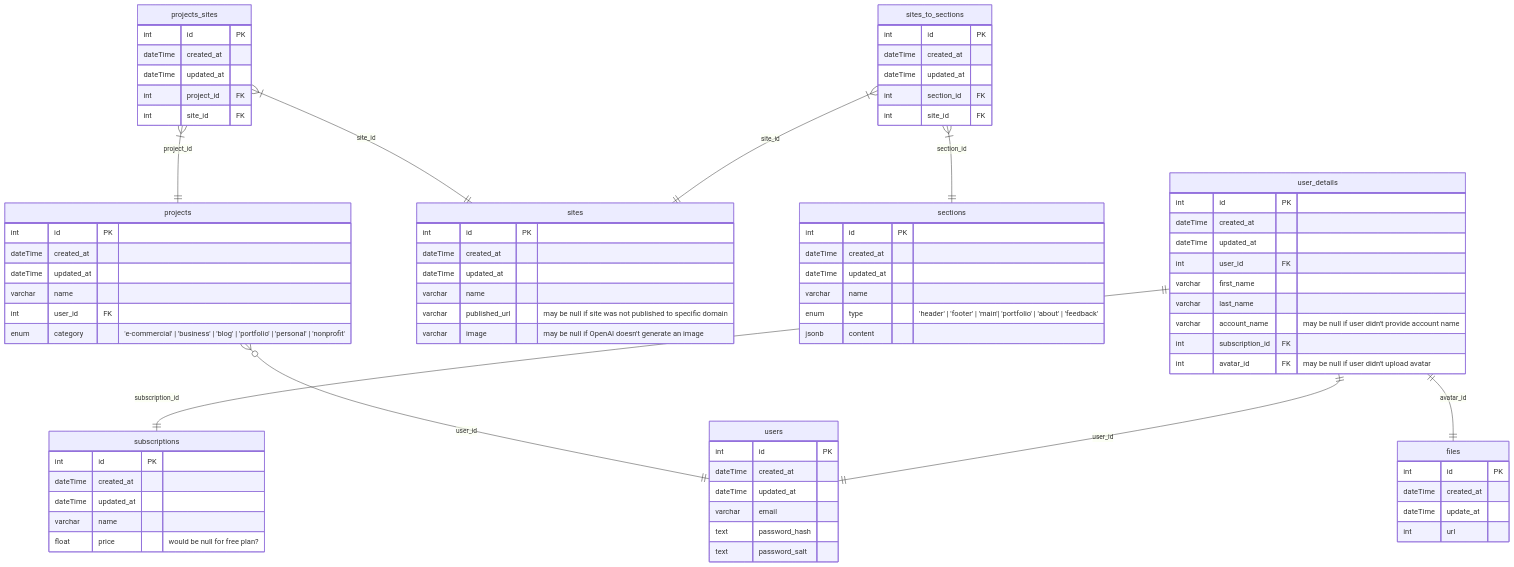
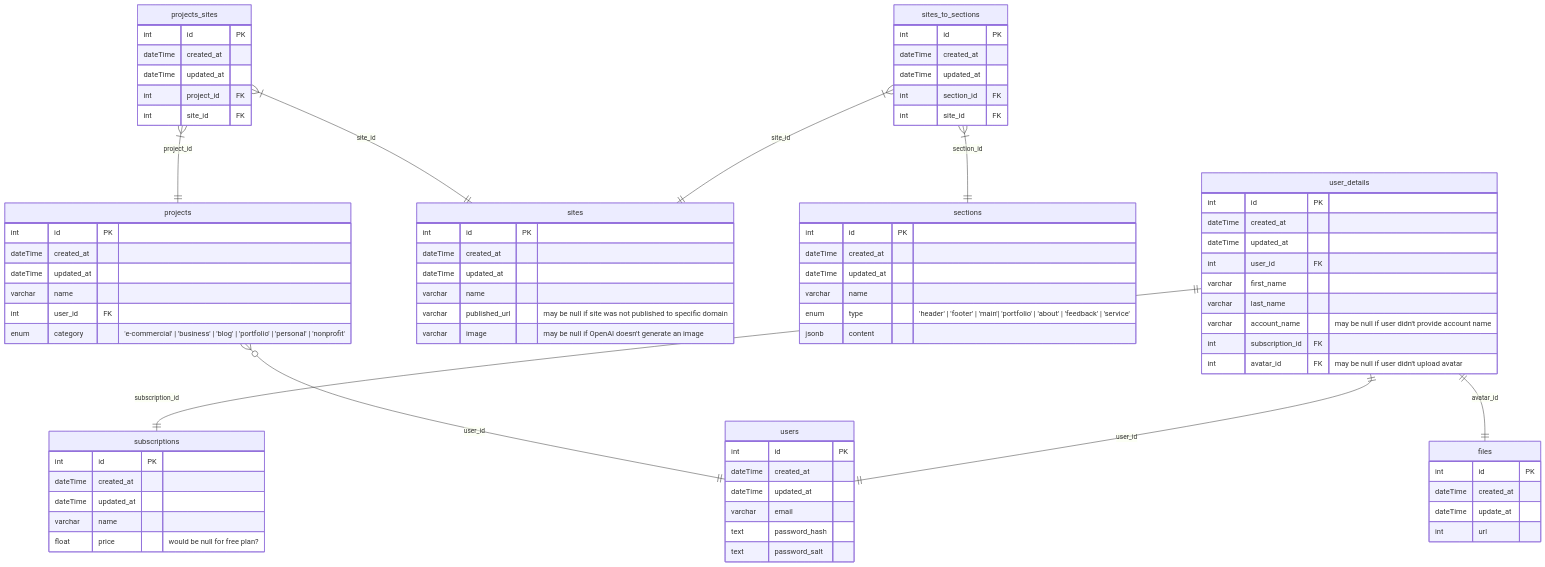
Before and after one commit to BinaryStudioAcademy/bsa-winter-2022-2023-simpleland: the diagram in readme.md, drawn with Mermaid.

Commit message:
sl-139: * update readme

```diff
--- a/readme.md
+++ b/readme.md
@@ -82,7 +82,7 @@
     dateTime created_at
     dateTime updated_at
     varchar name
-    enum type "'header' | 'footer' | 'main'| 'portfolio' | 'about' | 'feedback'"
+    enum type "'header' | 'footer' | 'main'| 'portfolio' | 'about' | 'feedback' | 'service'"
     jsonb content
   }
 
```
